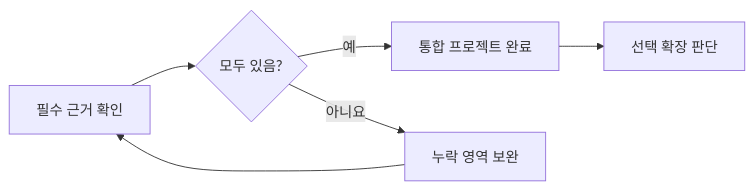
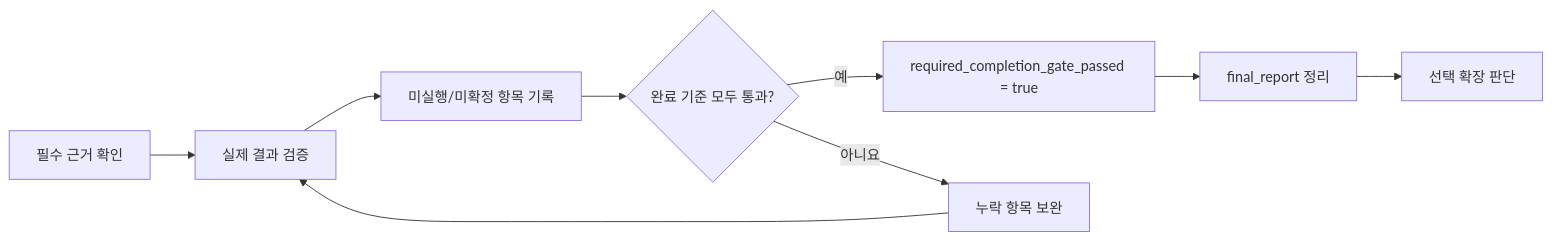
One commit to GilbertMoon/ai-database-book changed the diagram in images/chapter15/ch15_08_completion_checklist.mmd. Above: the diagram before and after it, drawn with Mermaid. The commit also changed 16 other files, not shown here.

Commit message:
Improve Chapter 15 project flow diagrams

```diff
--- a/images/chapter15/ch15_08_completion_checklist.mmd
+++ b/images/chapter15/ch15_08_completion_checklist.mmd
@@ -1,6 +1,9 @@
 flowchart LR
-A[필수 근거 확인] --> B{모두 있음?}
-B -->|예| C[통합 프로젝트 완료]
-B -->|아니요| D[누락 영역 보완]
-D --> A
-C --> E[선택 확장 판단]
+A[필수 근거 확인] --> B[실제 결과 검증]
+B --> C[미실행/미확정 항목 기록]
+C --> D{완료 기준 모두 통과?}
+D -->|예| E[required_completion_gate_passed = true]
+E --> F[final_report 정리]
+F --> G[선택 확장 판단]
+D -->|아니요| H[누락 항목 보완]
+H --> B
```
